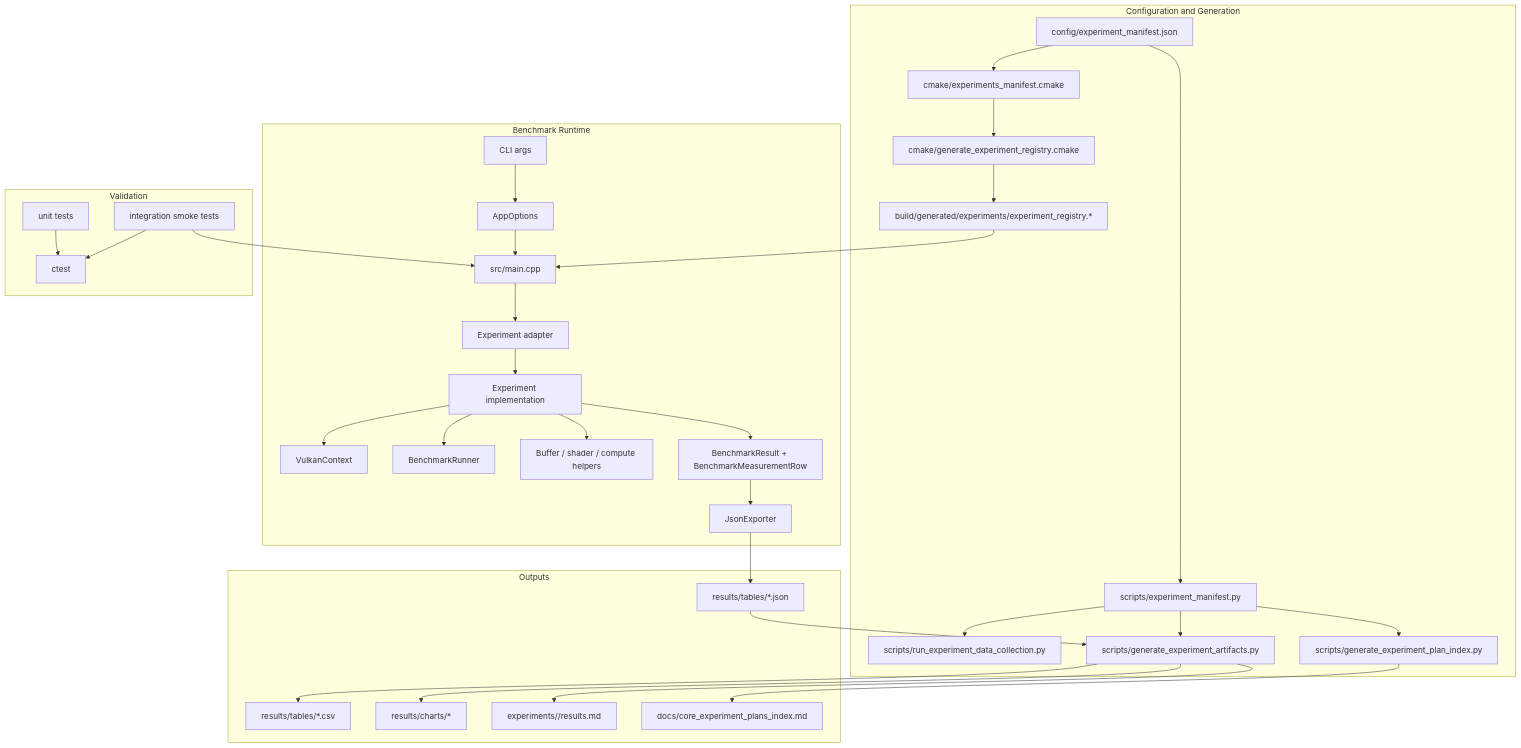
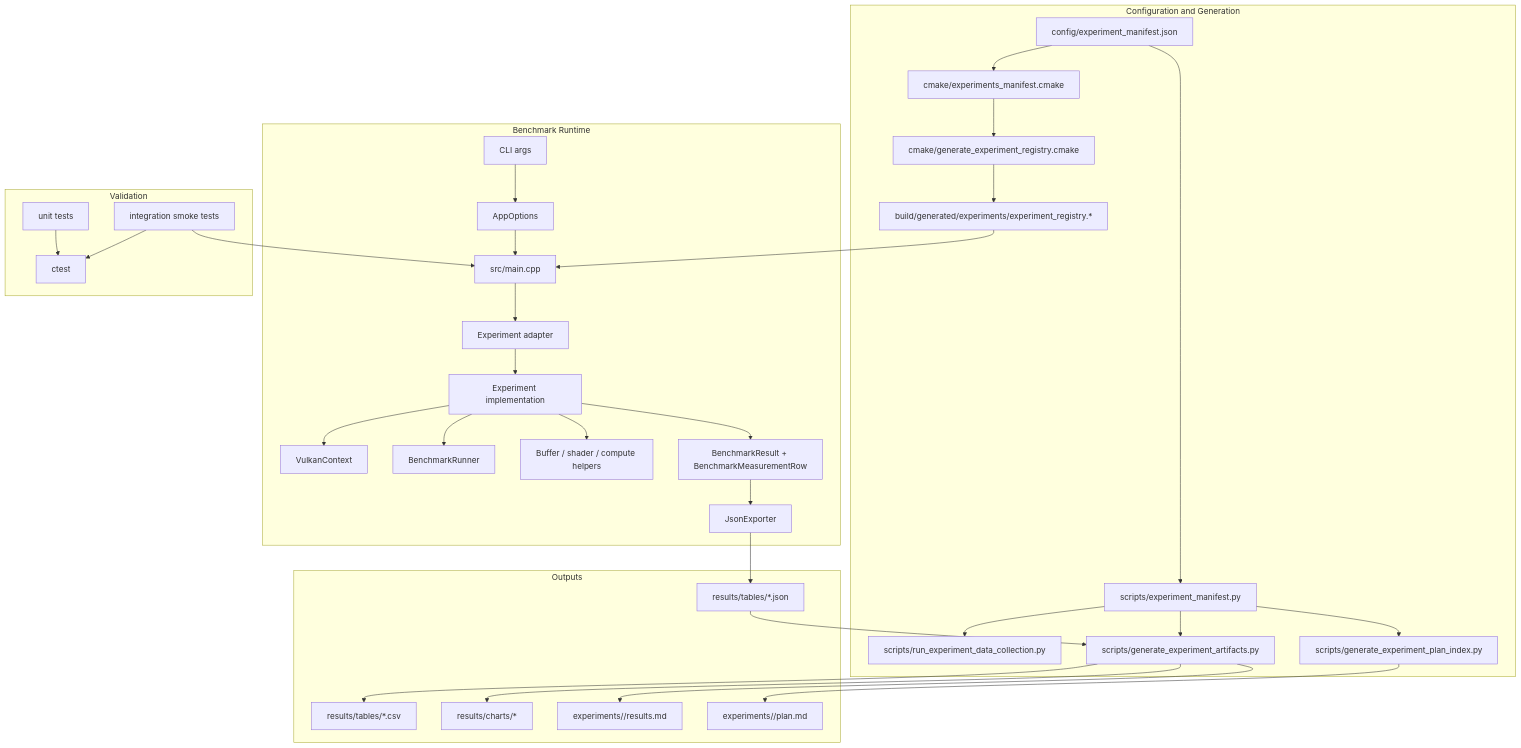
The diagram in docs/architecture.md (semihguresci/gpu-memory-access-benchmark), drawn with Mermaid before and after one commit. The commit also changed other lines of this file and 313 other files, not shown here.

````diff
--- a/docs/architecture.md
+++ b/docs/architecture.md
@@ -16,40 +16,40 @@
 ```mermaid
 flowchart TD
     subgraph Config["Configuration and Generation"]
         A["config/experiment_manifest.json"] --> B["cmake/experiments_manifest.cmake"]
         A --> C["scripts/experiment_manifest.py"]
         C --> D["scripts/run_experiment_data_collection.py"]
         C --> E["scripts/generate_experiment_artifacts.py"]
         C --> F["scripts/generate_experiment_plan_index.py"]
         B --> G["cmake/generate_experiment_registry.cmake"]
         G --> H["build/generated/experiments/experiment_registry.*"]
     end
 
     subgraph Runtime["Benchmark Runtime"]
         I["CLI args"] --> J["AppOptions"]
         J --> K["src/main.cpp"]
         H --> K
         K --> L["Experiment adapter"]
         L --> M["Experiment implementation"]
         M --> N["VulkanContext"]
         M --> O["BenchmarkRunner"]
         M --> P["Buffer / shader / compute helpers"]
         M --> Q["BenchmarkResult + BenchmarkMeasurementRow"]
         Q --> R["JsonExporter"]
     end
 
     subgraph Artifacts["Outputs"]
         R --> S["results/tables/*.json"]
         S --> E
         E --> T["results/tables/*.csv"]
         E --> U["results/charts/*"]
         E --> V["experiments/<id>/results.md"]
-        F --> W["docs/core_experiment_plans_index.md"]
+        F --> W["experiments/<id>/plan.md"]
     end
 
     subgraph Validation["Validation"]
         X["unit tests"] --> Y["ctest"]
         Z["integration smoke tests"] --> Y
         Z --> K
     end
 ```
````
